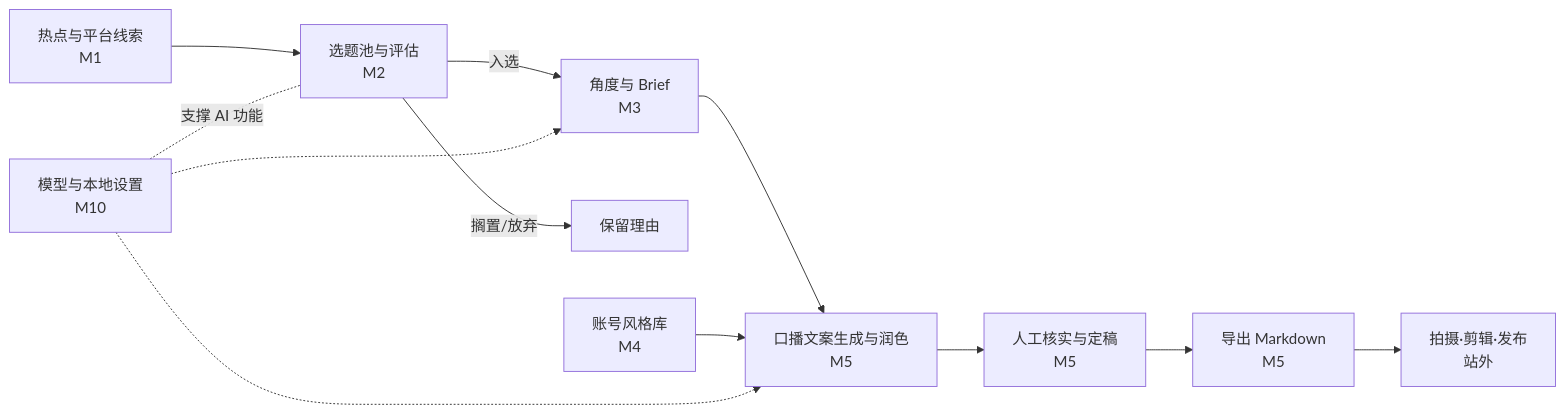
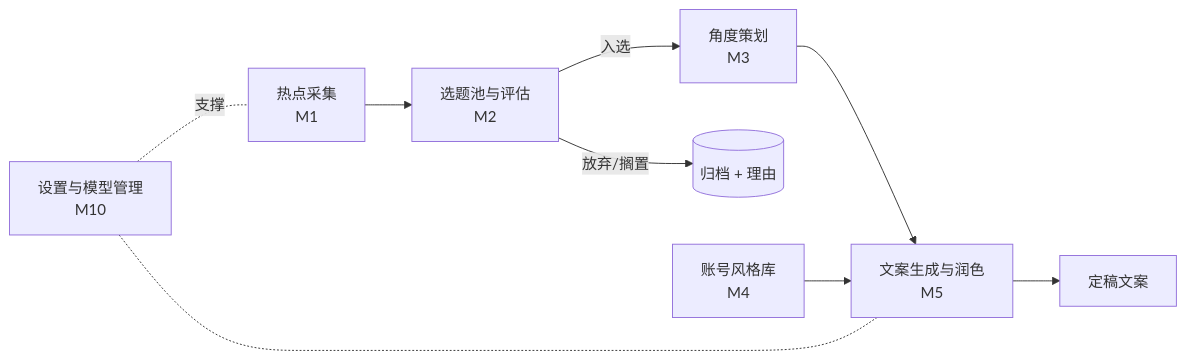
One commit to liyiming008/one-studio changed the diagram in docs/PRD-OneStudio.md. Above: the diagram before and after it, drawn with Mermaid. The commit also changed other lines of this file, not shown here.

````diff
--- a/docs/PRD-OneStudio.md
+++ b/docs/PRD-OneStudio.md
@@ -58,14 +51,11 @@
 ```mermaid
 flowchart LR
-    A[热点与平台线索<br/>M1] --> B[选题池与评估<br/>M2]
-    B -->|入选| C[角度与 Brief<br/>M3]
-    B -->|搁置/放弃| Z[保留理由]
-    C --> D[口播文案生成与润色<br/>M5]
+    A[热点采集<br/>M1] --> B[选题池与评估<br/>M2]
+    B -->|入选| C[角度策划<br/>M3]
+    B -->|放弃/搁置| Z[(归档 + 理由)]
+    C --> D[文案生成与润色<br/>M5]
     S[账号风格库<br/>M4] --> D
-    D --> E[人工核实与定稿<br/>M5]
-    E --> F[导出 Markdown<br/>M5]
-    F --> G[拍摄·剪辑·发布<br/>站外]
-    T[模型与本地设置<br/>M10] -.支撑 AI 功能.- B
-    T -.-> C
-    T -.-> D
+    D --> E[定稿文案]
+    M[设置与模型管理<br/>M10] -.支撑.- A
+    M -.- D
 ```
````
